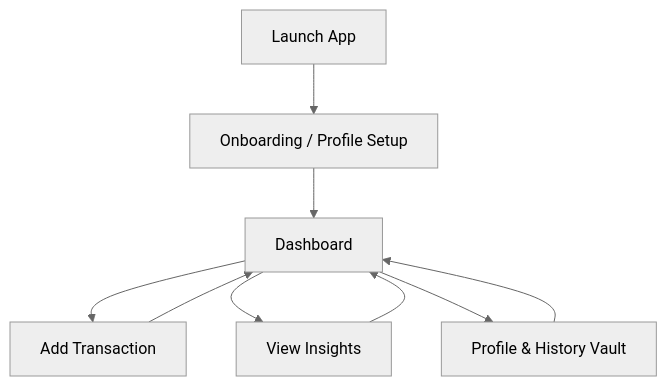
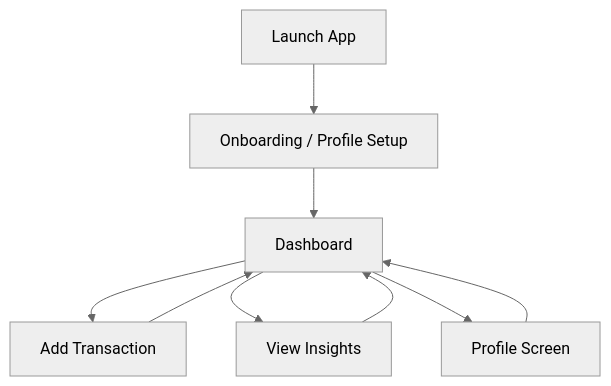
One commit to DhruvChaurasia9403/Spendwise changed the first of 4 diagrams in README.md. Above: the diagram before and after it, drawn with Mermaid (neutral theme). The commit also changed other lines of this file and 1 other file, not shown here.

Commit message:
FIX: fixed the performance issues on profile screen

````diff
--- a/README.md
+++ b/README.md
@@ -62,12 +20,12 @@
 ```mermaid
 flowchart TD
 A[Launch App] --> B[Onboarding / Profile Setup]
 B --> C[Dashboard]
 C --> D[Add Transaction]
 C --> E[View Insights]
-C --> F[Profile & History Vault]
+C --> F[Profile Screen]
 
     D --> C
     E --> C
     F --> C
 ```
````
